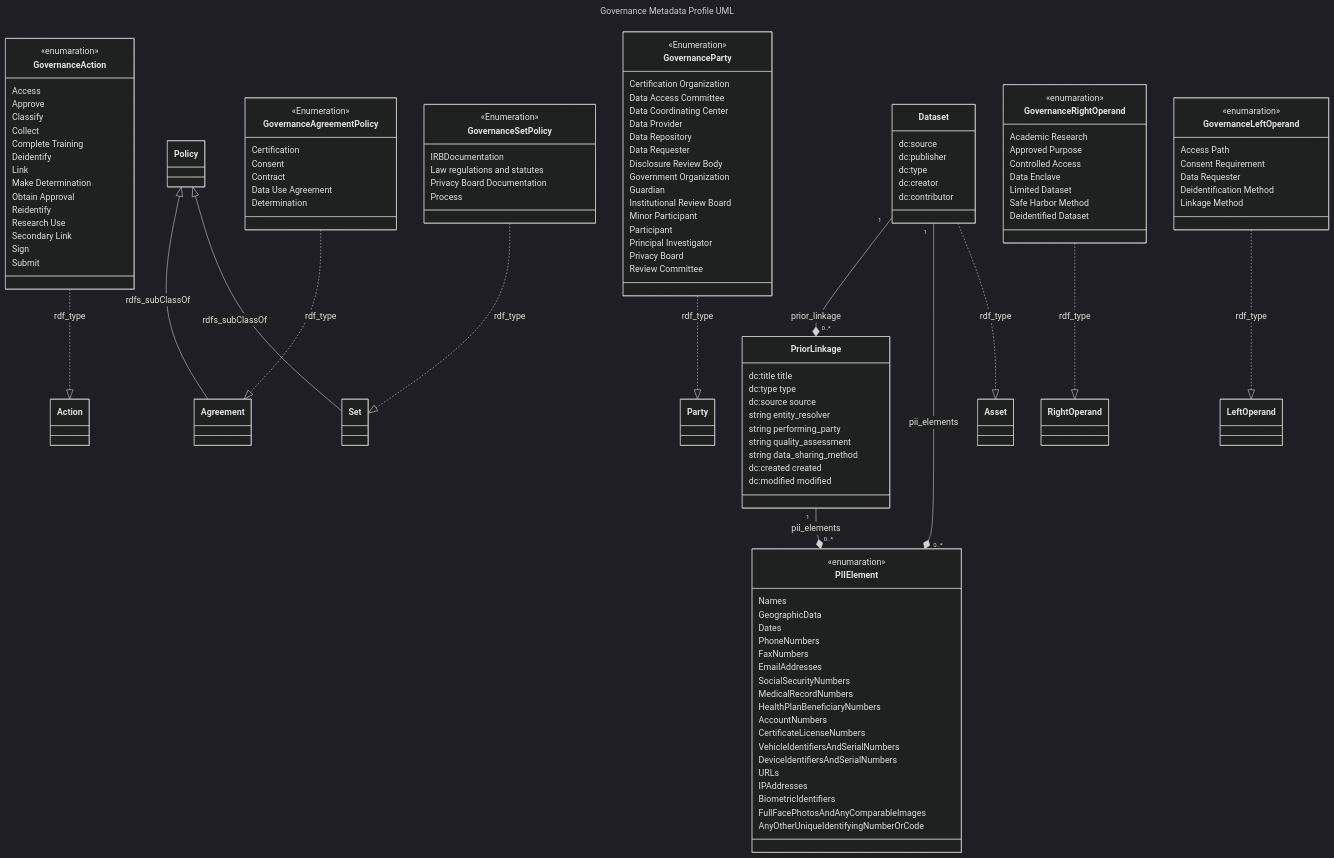
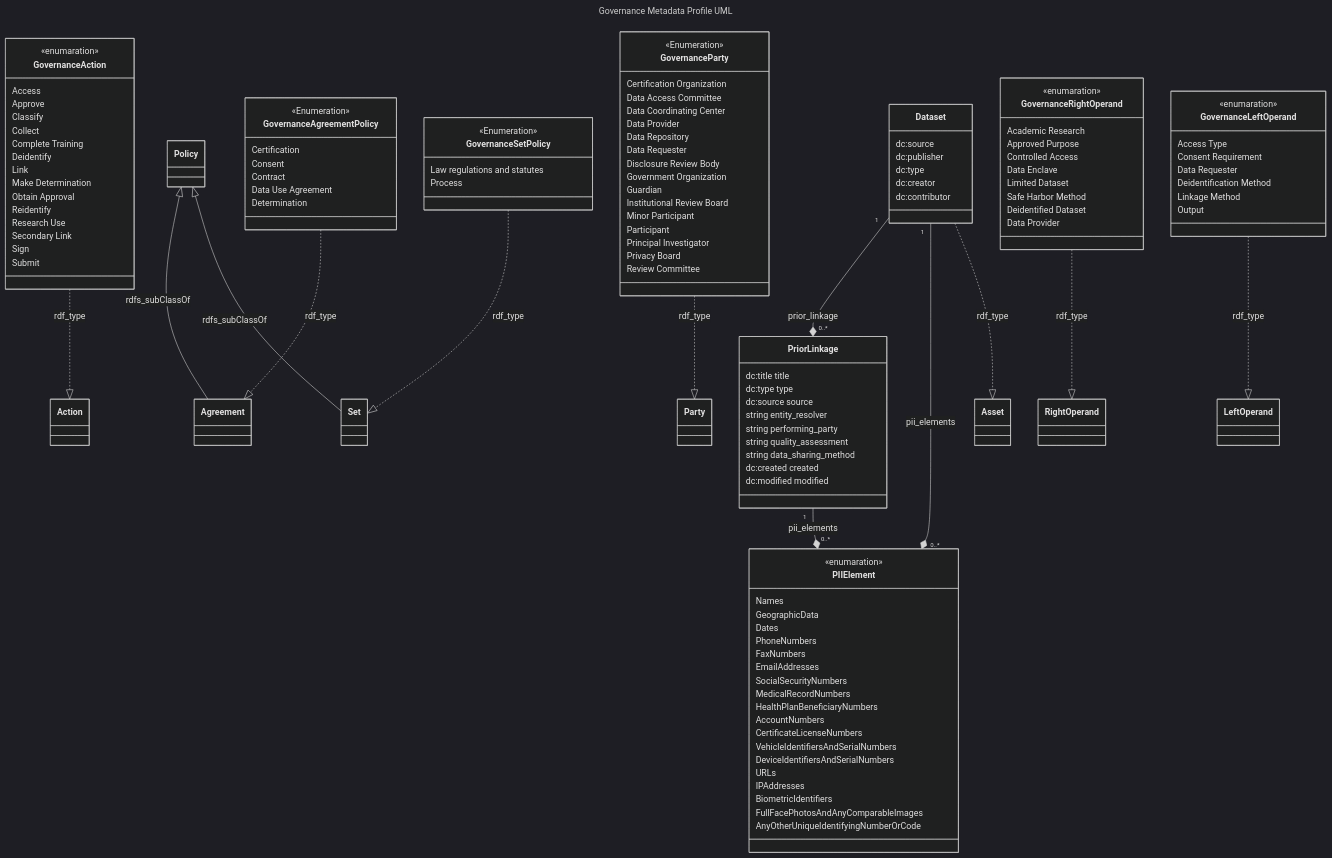
Before and after one commit to NIH-NICHD/Data-Linkage-Governance: the third of 4 diagrams in MetadataSchema/README.md, drawn with Mermaid (dark theme). The commit also changed 1 other file, not shown here.

Commit message:
Updating rdf profile and readme to align with data dictionary v4

```diff
--- a/MetadataSchema/README.md
+++ b/MetadataSchema/README.md
@@ -276,9 +276,7 @@
 
     class GovernanceSetPolicy{
         <<Enumeration>>
-        IRBDocumentation
         Law regulations and statutes
-        Privacy Board Documentation
         Process    
     }
 
@@ -336,15 +334,17 @@
         Limited Dataset
         Safe Harbor Method
         Deidentified Dataset
+        Data Provider
     }
 
     class GovernanceLeftOperand{
         <<enumaration>>
-        Access Path
+        Access Type
         Consent Requirement
         Data Requester
         Deidentification Method
         Linkage Method
+        Output
     }
 
     class PIIElement {
```
